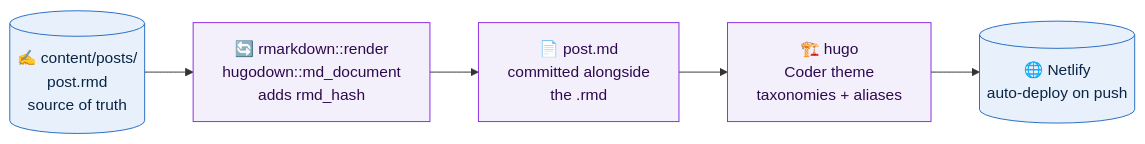
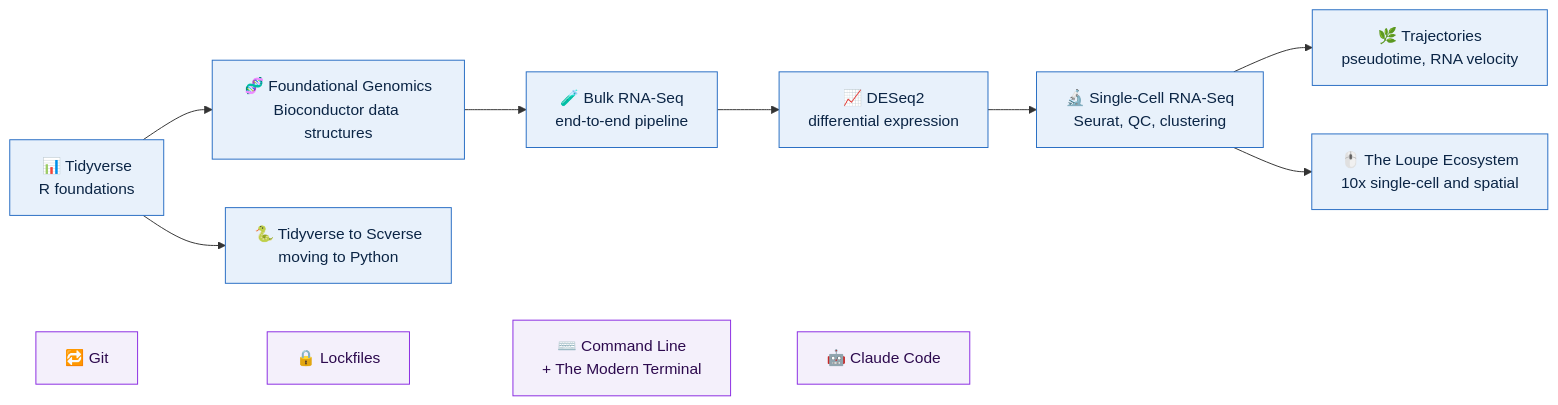
Before and after one commit to wolf5996/my_website: the diagram in readme.md, drawn with Mermaid. The commit also changed other lines of this file, not shown here.

````diff
--- a/readme.md
+++ b/readme.md
@@ -34,12 +35,19 @@
 ```mermaid
 flowchart LR
-    A[("✍️ content/posts/<br/>post.rmd<br/>source of truth")] --> B["🔄 rmarkdown::render<br/>hugodown::md_document<br/>adds rmd_hash"]
-    B --> C["📄 post.md<br/>committed alongside<br/>the .rmd"]
-    C --> D["🏗️ hugo<br/>Coder theme<br/>taxonomies + aliases"]
-    D --> Z[("🌐 Netlify<br/>auto-deploy on push")]
+    A["📊 Tidyverse<br/>R foundations"] --> B["🧬 Foundational Genomics<br/>Bioconductor data structures"]
+    B --> C["🧪 Bulk RNA-Seq<br/>end-to-end pipeline"]
+    C --> D["📈 DESeq2<br/>differential expression"]
+    D --> E["🔬 Single-Cell RNA-Seq<br/>Seurat, QC, clustering"]
+    E --> F["🌿 Trajectories<br/>pseudotime, RNA velocity"]
+    E --> G["🖱️ The Loupe Ecosystem<br/>10x single-cell and spatial"]
+    A --> H["🐍 Tidyverse to Scverse<br/>moving to Python"]
 
-    classDef io fill:#e8f1fb,stroke:#276DC3,color:#0b2545
-    classDef step fill:#f4f0fb,stroke:#8A2BE2,color:#2d0a4e
-    class A,Z io
-    class B,C,D step
+    T1["🔁 Git"] ~~~ T2["🔒 Lockfiles"]
+    T2 ~~~ T3["⌨️ Command Line<br/>+ The Modern Terminal"]
+    T3 ~~~ T4["🤖 Claude Code"]
+
+    classDef analysis fill:#e8f1fb,stroke:#276DC3,color:#0b2545
+    classDef tooling fill:#f4f0fb,stroke:#8A2BE2,color:#2d0a4e
+    class A,B,C,D,E,F,G,H analysis
+    class T1,T2,T3,T4 tooling
 ```
````
